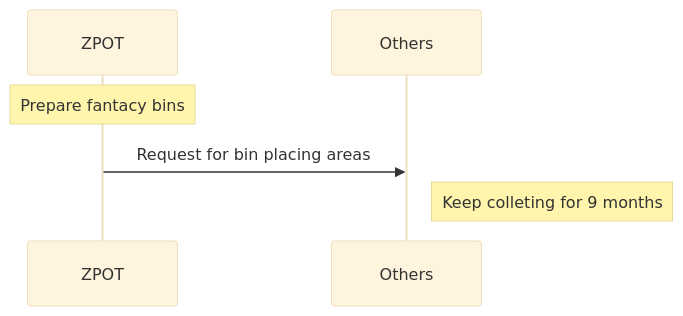
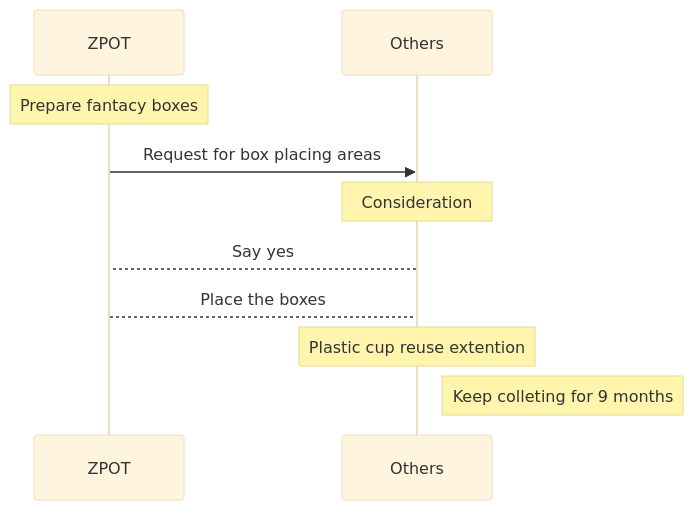
One commit to Kietpawpan/carbon changed the first of 2 diagrams in README.md. Above: the diagram before and after it, drawn with Mermaid (base theme).

````diff
--- a/README.md
+++ b/README.md
@@ -9,6 +9,10 @@
 ```mermaid
 sequenceDiagram
-    Note over ZPOT: Prepare fantacy bins  
-    ZPOT->>Others: Request for bin placing areas
+    Note over ZPOT: Prepare fantacy boxes  
+    ZPOT->>Others: Request for box placing areas
+    Note over Others: Consideration
+    Others-->ZPOT: Say yes
+    ZPOT-->Others: Place the boxes
+    Note over Others: Plastic cup reuse extention
     Note right of Others: Keep colleting for 9 months
 ```
````
